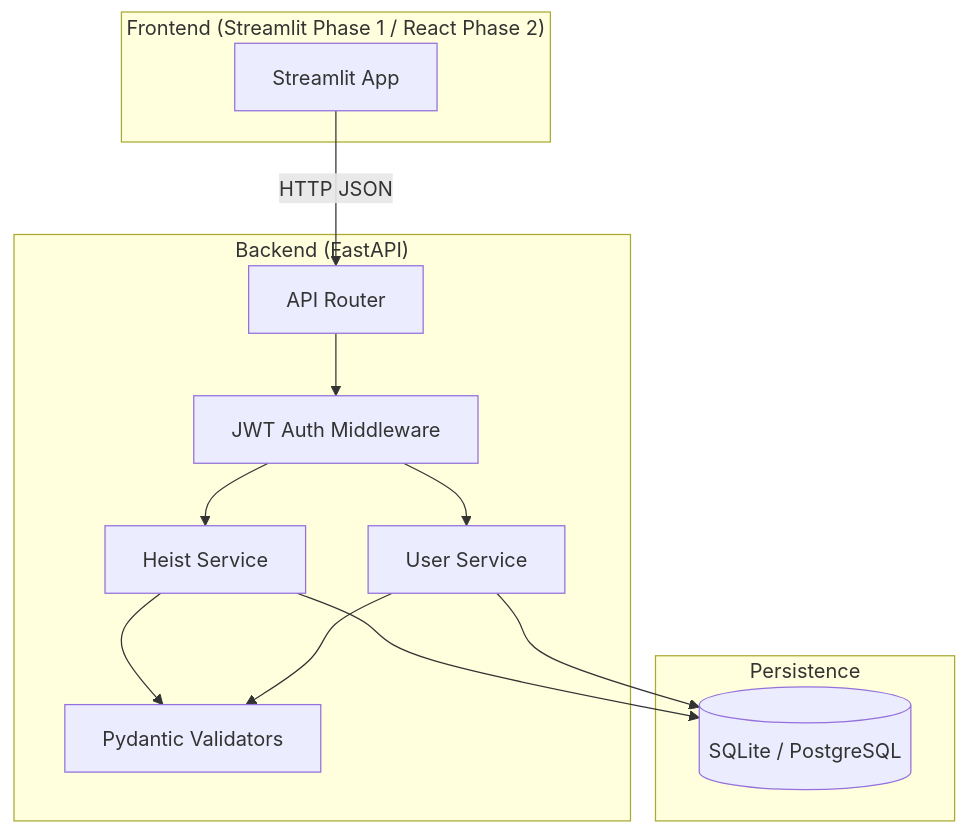
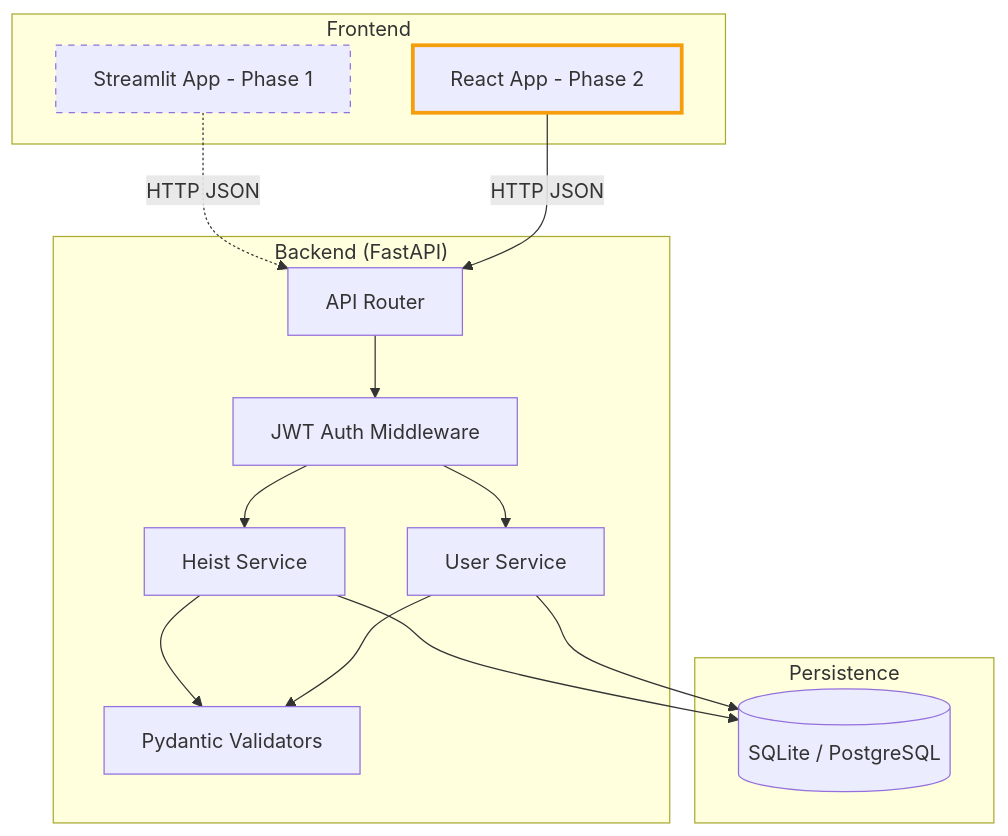
Before and after one commit to sumitdas1984/Pocket-Heist: the first of 3 diagrams in .kiro/specs/pocket-heist/design.md, drawn with Mermaid. The commit also changed other lines of this file and 48 other files, not shown here.

First line of the commit message:
feat: add Streamlit frontend for Pocket Heist with authentication and heist management features

````diff
--- a/.kiro/specs/pocket-heist/design.md
+++ b/.kiro/specs/pocket-heist/design.md
@@ -17,27 +17,32 @@
 ```mermaid
 graph TD
-    subgraph Frontend ["Frontend (Streamlit Phase 1 / React Phase 2)"]
-        UI[Streamlit App]
+    subgraph Frontend ["Frontend"]
+        Phase1[Streamlit App - Phase 1]
+        Phase2[React App - Phase 2]
     end
 
     subgraph Backend ["Backend (FastAPI)"]
         Router[API Router]
         AuthMiddleware[JWT Auth Middleware]
         HeistService[Heist Service]
         UserService[User Service]
         Validator[Pydantic Validators]
     end
 
     subgraph Persistence ["Persistence"]
         DB[(SQLite / PostgreSQL)]
     end
 
-    UI -->|HTTP JSON| Router
+    Phase1 -.->|HTTP JSON| Router
+    Phase2 -->|HTTP JSON| Router
     Router --> AuthMiddleware
     AuthMiddleware --> HeistService
     AuthMiddleware --> UserService
     HeistService --> Validator
     UserService --> Validator
     HeistService --> DB
     UserService --> DB
+
+    style Phase1 stroke-dasharray: 5 5
+    style Phase2 stroke:#f59e0b,stroke-width:3px
 ```
````
